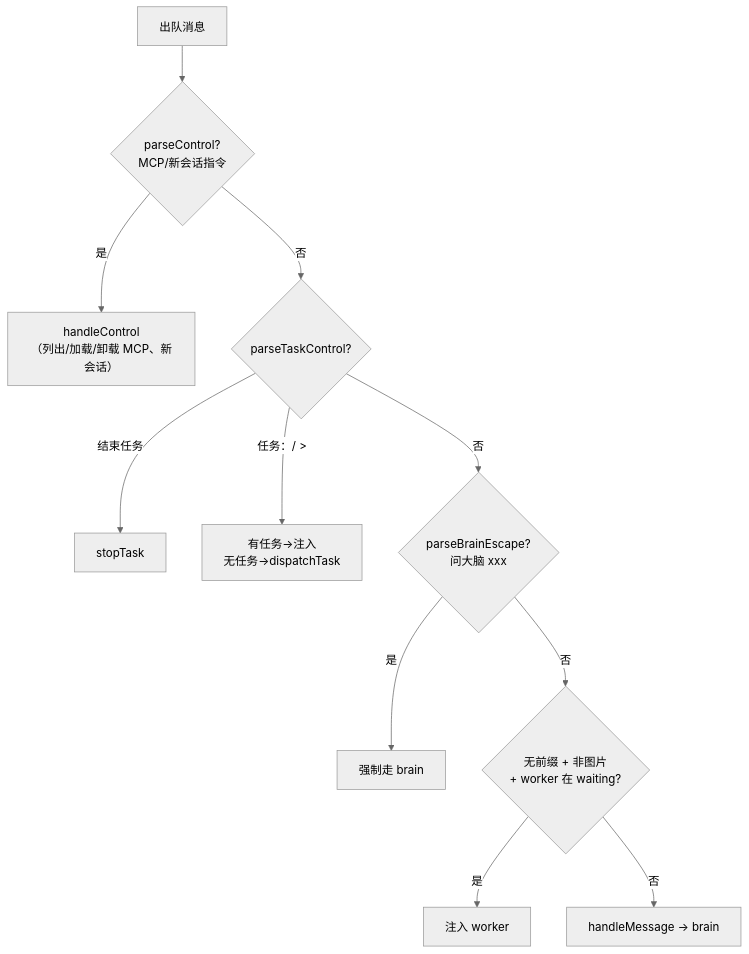
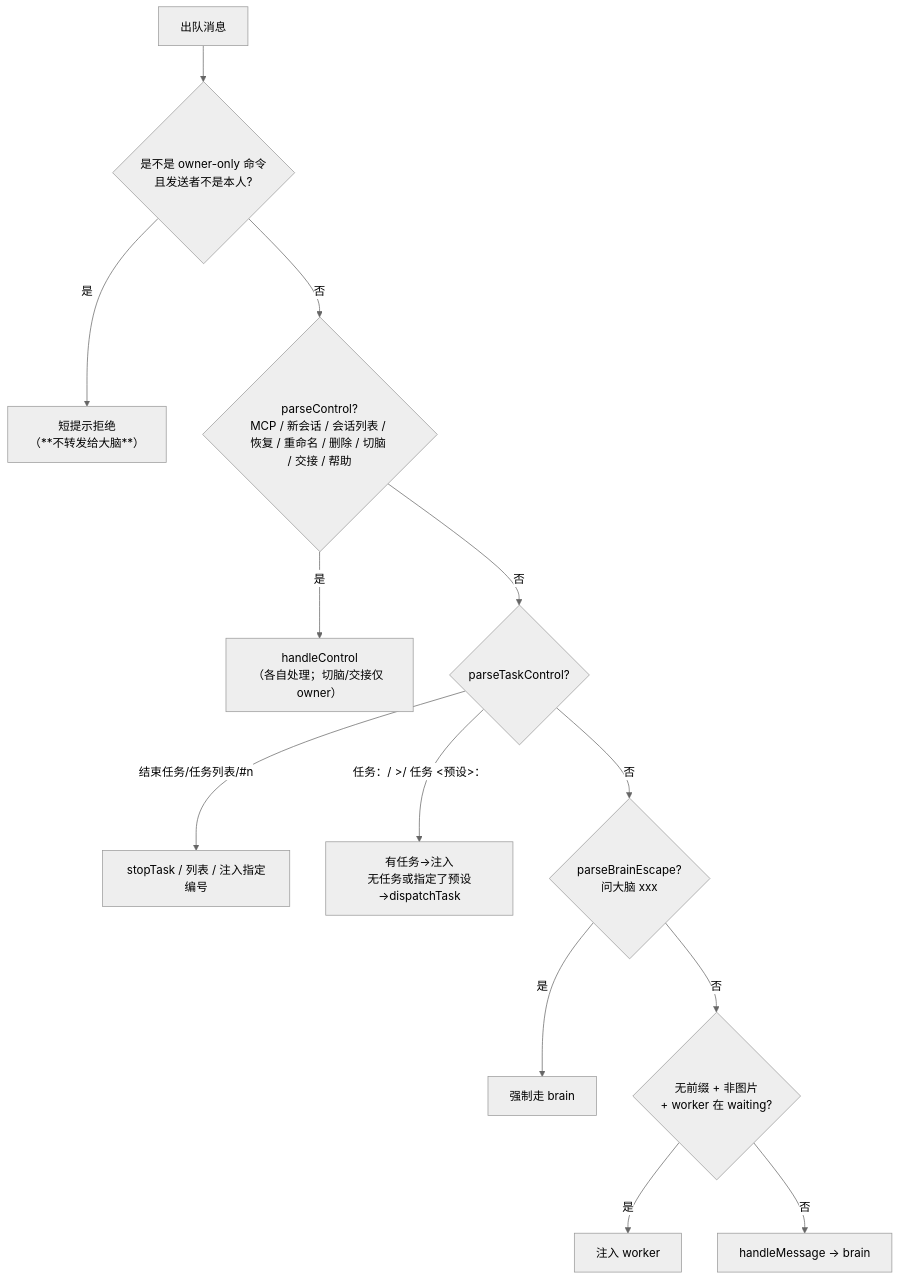
Before and after one commit to imwangpan/WeMind: the second of 4 diagrams in docs/repowiki/05-守护进程-Daemon.md, drawn with Mermaid (neutral theme). The commit also changed other lines of this file and 61 other files, not shown here.

````diff
--- a/docs/repowiki/05-守护进程-Daemon.md
+++ b/docs/repowiki/05-守护进程-Daemon.md
@@ -80,13 +93,15 @@
 ```mermaid
 graph TD
-    M["出队消息"] --> C1{"parseControl?<br/>MCP/新会话指令"}
-    C1 -->|是| H1["handleControl<br/>（列出/加载/卸载 MCP、新会话）"]
+    M["出队消息"] --> C0{"是不是 owner-only 命令<br/>且发送者不是本人?"}
+    C0 -->|是| H0["短提示拒绝<br/>（**不转发给大脑**）"]
+    C0 -->|否| C1{"parseControl?<br/>MCP / 新会话 / 会话列表 / 恢复 / 重命名 / 删除 / 切脑 / 交接 / 帮助"}
+    C1 -->|是| H1["handleControl<br/>（各自处理；切脑/交接仅 owner）"]
     C1 -->|否| C2{"parseTaskControl?"}
-    C2 -->|结束任务| H2["stopTask"]
-    C2 -->|任务：/ &gt;| H3["有任务→注入<br/>无任务→dispatchTask"]
+    C2 -->|结束任务/任务列表/#n| H2["stopTask / 列表 / 注入指定编号"]
+    C2 -->|任务：/ &gt;/ 任务 &lt;预设&gt;：| H3["有任务→注入<br/>无任务或指定了预设→dispatchTask"]
     C2 -->|否| C3{"parseBrainEscape?<br/>问大脑 xxx"}
     C3 -->|是| H4["强制走 brain"]
     C3 -->|否| C4{"无前缀 + 非图片<br/>+ worker 在 waiting?"}
     C4 -->|是| H5["注入 worker"]
     C4 -->|否| H6["handleMessage → brain"]
 ```
````
